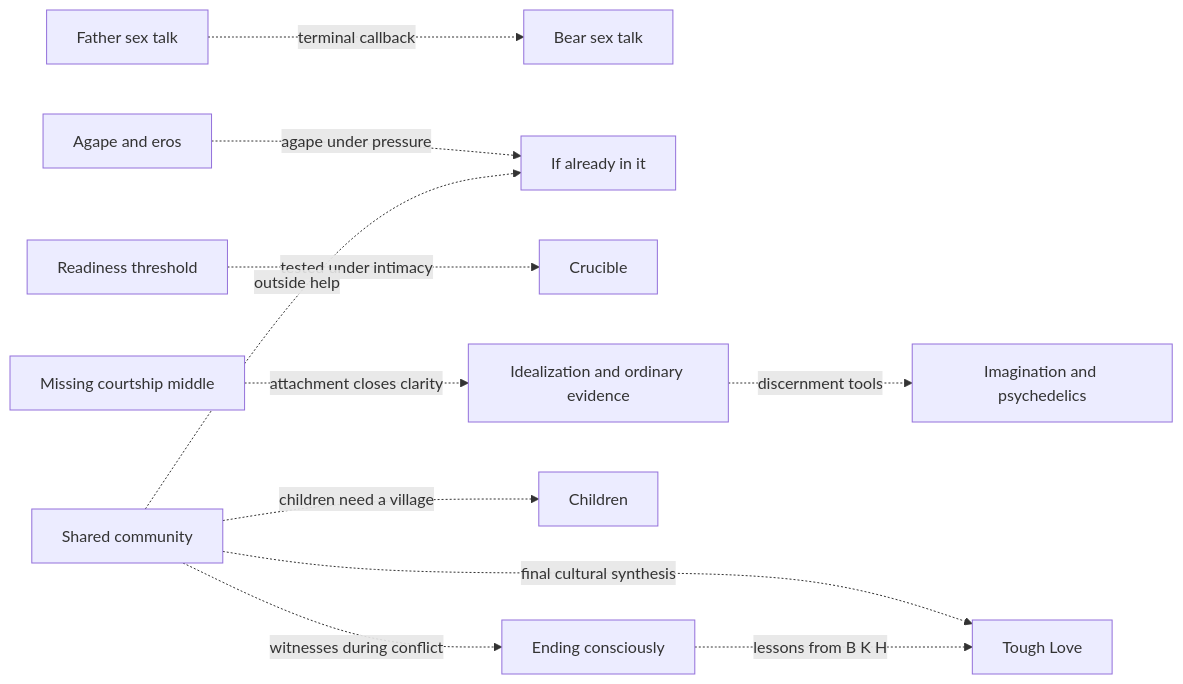
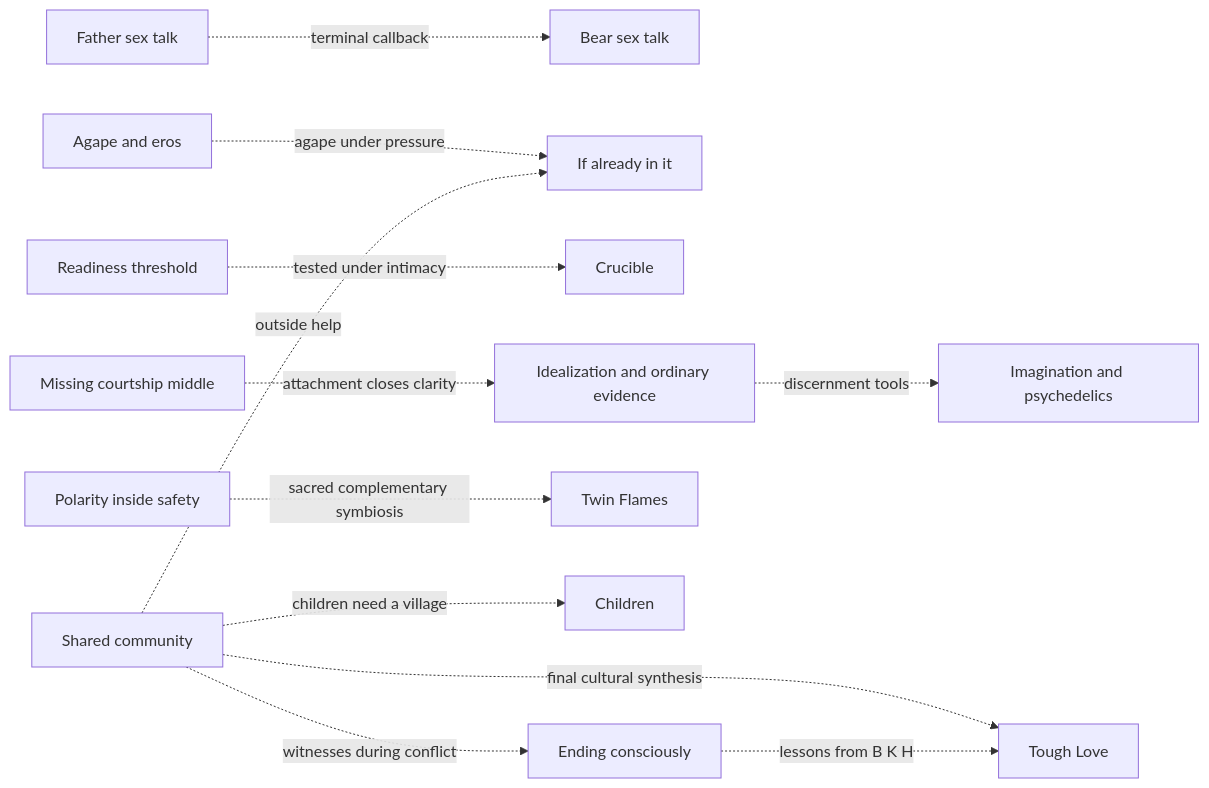
Before and after one commit to u-dont-existDOTcom/pangram-humanization-lab: the second of 11 diagrams in work/romance-current-assembly/ARCHITECTURE.md, drawn with Mermaid. The commit also changed other lines of this file, not shown here.

Commit message:
state: sync Romance map to owner-order Primal boundary

````diff
--- a/work/romance-current-assembly/ARCHITECTURE.md
+++ b/work/romance-current-assembly/ARCHITECTURE.md
@@ -41,13 +42,14 @@
 ```mermaid
 flowchart LR
     opening["Father sex talk"] -. "terminal callback" .-> bear["Bear sex talk"]
     love["Agape and eros"] -. "agape under pressure" .-> already["If already in it"]
     should["Readiness threshold"] -. "tested under intimacy" .-> crucible["Crucible"]
     find["Missing courtship middle"] -. "attachment closes clarity" .-> starting["Window of clarity"]
     starting["Idealization and ordinary evidence"] -. "discernment tools" .-> conscious["Imagination and psychedelics"]
+    primal["Polarity inside safety"] -. "sacred complementary symbiosis" .-> twin["Twin Flames"]
     pillars["Shared community"] -. "outside help" .-> already["If already in it"]
     pillars -. "children need a village" .-> children["Children"]
     pillars -. "witnesses during conflict" .-> ending["Ending consciously"]
     pillars -. "final cultural synthesis" .-> tough["Tough Love"]
     ending -. "lessons from B K H" .-> tough
 ```
````
